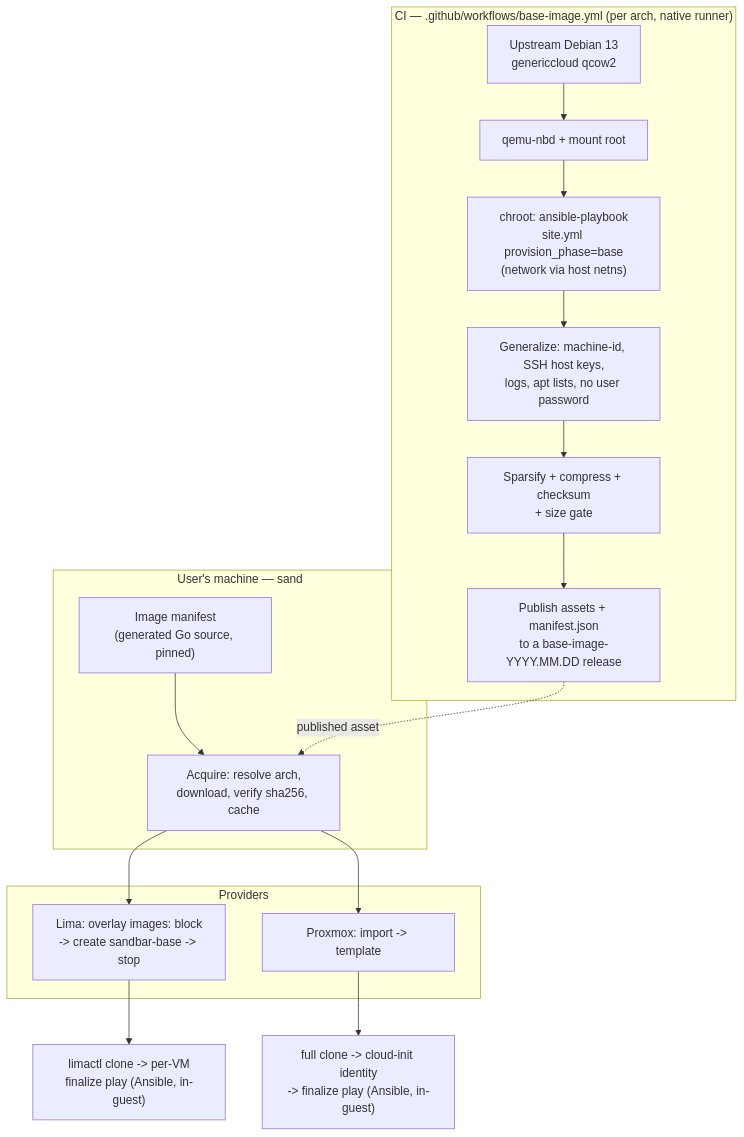
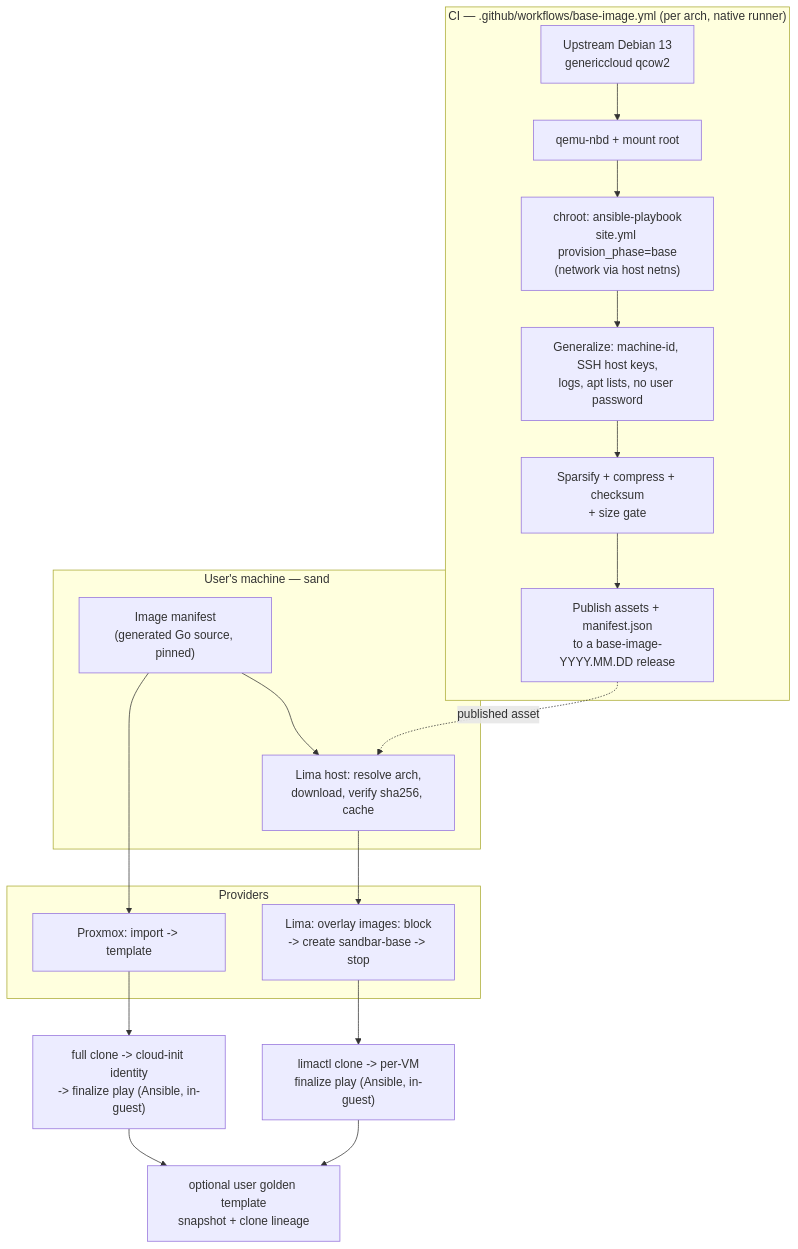
The first of 2 diagrams in .ai/strikethroo/plans/22--baked-base-images/plan-22--baked-base-images.md (Lullabot/sandbar), drawn with Mermaid before and after one commit. The commit also changed other lines of this file and 30 other files, not shown here.

````diff
--- a/.ai/strikethroo/plans/22--baked-base-images/plan-22--baked-base-images.md
+++ b/.ai/strikethroo/plans/22--baked-base-images/plan-22--baked-base-images.md
@@ -66,29 +67,31 @@
 ```mermaid
 flowchart TB
     subgraph CI["CI — .github/workflows/base-image.yml (per arch, native runner)"]
         U[Upstream Debian 13<br/>genericcloud qcow2]
         N[qemu-nbd + mount root]
         A["chroot: ansible-playbook<br/>site.yml provision_phase=base<br/>(network via host netns)"]
         G[Generalize: machine-id, SSH host keys,<br/>logs, apt lists, no user password]
         C[Sparsify + compress + checksum<br/>+ size gate]
         M[Publish assets + manifest.json<br/>to a base-image-YYYY.MM.DD release]
         U --> N --> A --> G --> C --> M
     end
 
     subgraph Host["User's machine — sand"]
         R["Image manifest<br/>(generated Go source, pinned)"]
-        D["Acquire: resolve arch,<br/>download, verify sha256, cache"]
+        D["Lima host: resolve arch,<br/>download, verify sha256, cache"]
         R --> D
     end
 
     subgraph Providers
         L["Lima: overlay images: block<br/>-> create sandbar-base -> stop"]
         P["Proxmox: import -> template"]
     end
 
     M -.published asset.-> D
     D --> L
-    D --> P
+    R --> P
     L --> CL["limactl clone -> per-VM<br/>finalize play (Ansible, in-guest)"]
     P --> CP["full clone -> cloud-init identity<br/>-> finalize play (Ansible, in-guest)"]
+    CL --> GT["optional user golden template<br/>snapshot + clone lineage"]
+    CP --> GT
 ```
````
